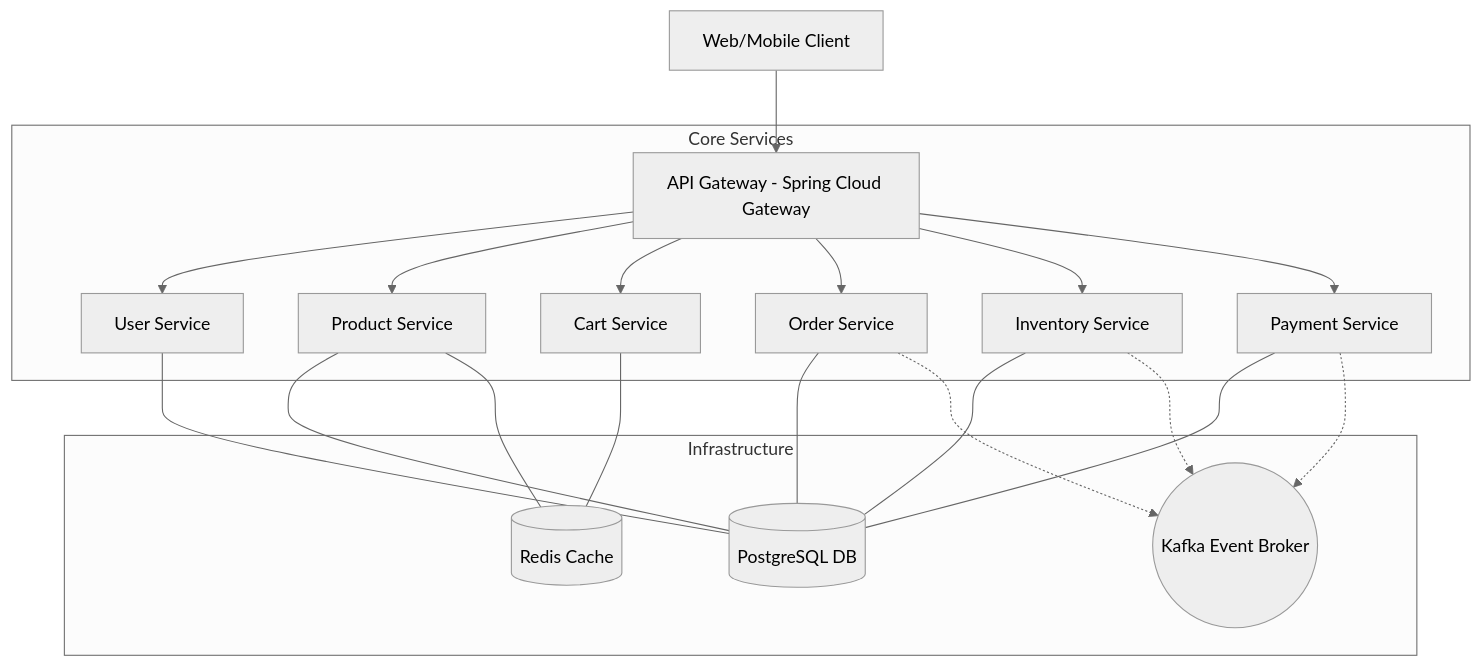
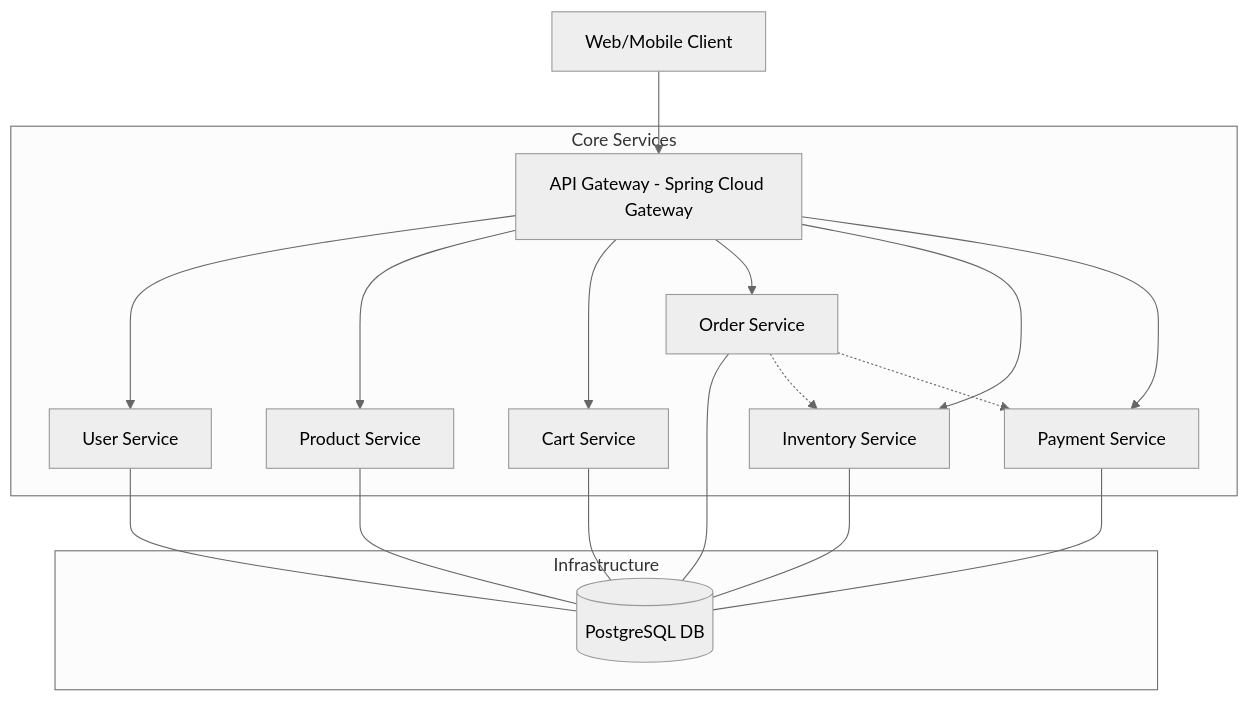
One commit to aniket5761/ecom-microservice changed the first of 3 diagrams in README.md. Above: the diagram before and after it, drawn with Mermaid (neutral theme). The commit also changed other lines of this file, not shown here.

````diff
--- a/README.md
+++ b/README.md
@@ -16,31 +16,27 @@
 ```mermaid
 graph TD
     Client[Web/Mobile Client] --> Gateway[API Gateway - Spring Cloud Gateway]
     
     subgraph "Core Services"
         Gateway --> UserService[User Service]
         Gateway --> ProductService[Product Service]
         Gateway --> CartService[Cart Service]
         Gateway --> OrderService[Order Service]
         Gateway --> InventoryService[Inventory Service]
         Gateway --> PaymentService[Payment Service]
     end
     
     subgraph "Infrastructure"
-        Kafka((Kafka Event Broker))
-        Redis[(Redis Cache)]
         Postgres[(PostgreSQL DB)]
     end
     
     UserService --- Postgres
     ProductService --- Postgres
-    ProductService --- Redis
-    CartService --- Redis
+    CartService --- Postgres
     OrderService --- Postgres
     InventoryService --- Postgres
     PaymentService --- Postgres
     
-    OrderService -.-> Kafka
-    InventoryService -.-> Kafka
-    PaymentService -.-> Kafka
+    OrderService -.-> InventoryService
+    OrderService -.-> PaymentService
 ```
````
